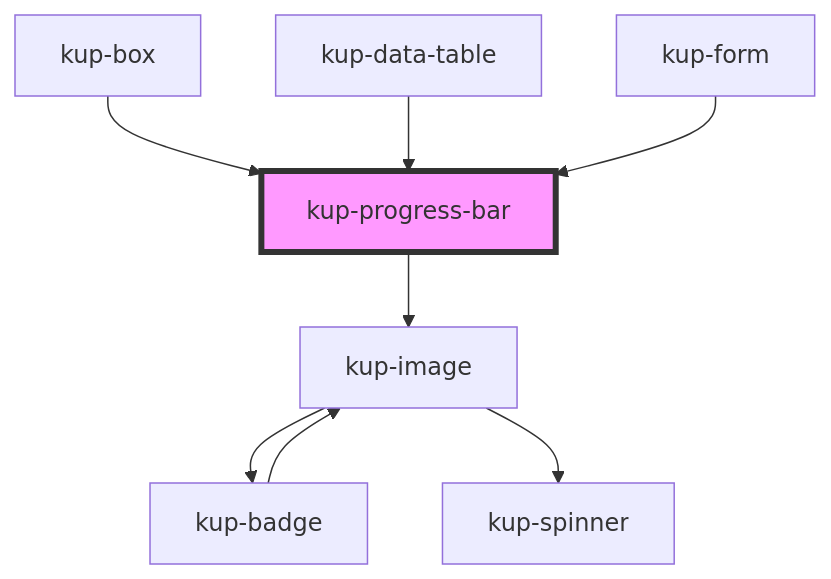
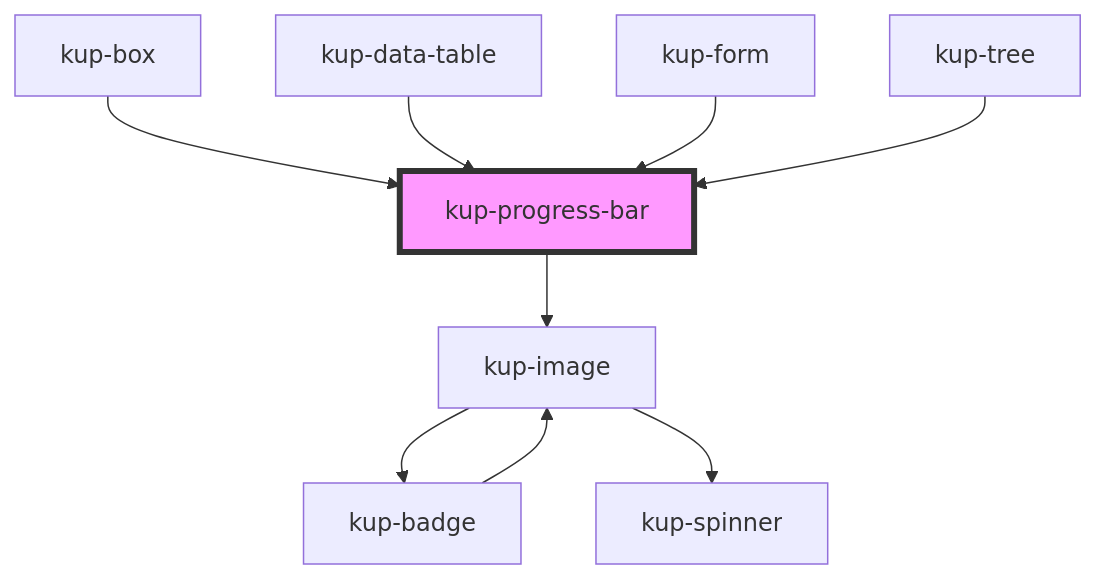
One commit to smeup/ketchup changed the diagram in packages/ketchup/src/components/kup-progress-bar/readme.md. Above: the diagram before and after it, drawn with Mermaid. The commit also changed other lines of this file and 8 other files, not shown here.

Commit message:
managed filter on kup-tree and special tree nodes (image, button, checkbox, ecc.)

````diff
--- a/packages/ketchup/src/components/kup-progress-bar/readme.md
+++ b/packages/ketchup/src/components/kup-progress-bar/readme.md
@@ -38,11 +39,12 @@
 ```mermaid
 graph TD;
   kup-progress-bar --> kup-image
   kup-image --> kup-badge
   kup-image --> kup-spinner
   kup-badge --> kup-image
   kup-box --> kup-progress-bar
   kup-data-table --> kup-progress-bar
   kup-form --> kup-progress-bar
+  kup-tree --> kup-progress-bar
   style kup-progress-bar fill:#f9f,stroke:#333,stroke-width:4px
 ```
````
